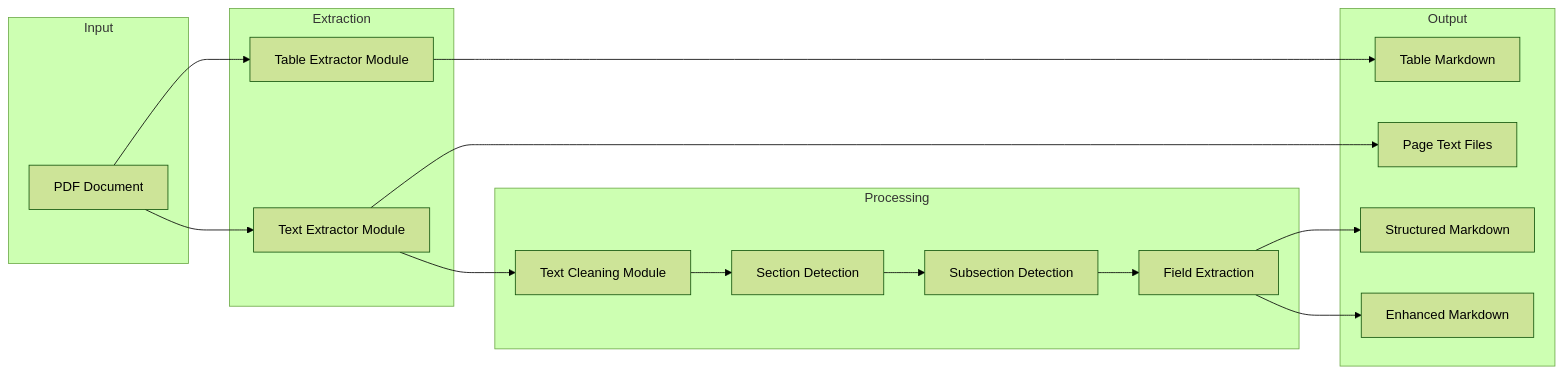
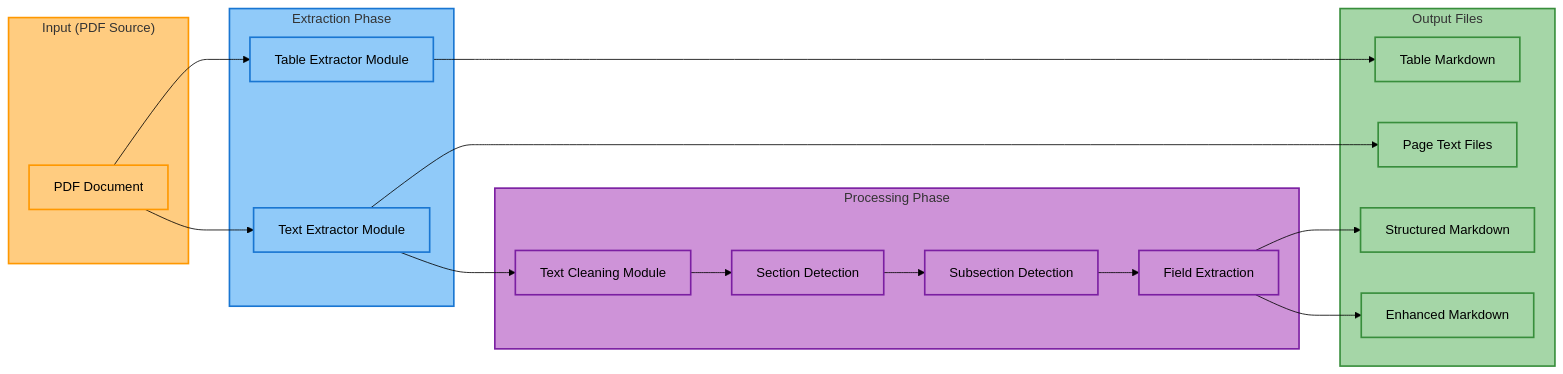
One commit to SoundMindsAI/pdf-handling changed the second of 3 diagrams in README.md. Above: the diagram before and after it, drawn with Mermaid (forest theme). The commit also changed other lines of this file, not shown here.

First line of the commit message:
Improve workflow diagram readability in README.md

````diff
--- a/README.md
+++ b/README.md
@@ -100,36 +100,51 @@
 ```mermaid
 flowchart LR
-    subgraph Input
+    subgraph Input["Input (PDF Source)"]
+        style Input fill:#ffcc80,stroke:#ff9800,stroke-width:2px
         PDF[PDF Document]
+        style PDF fill:#ffcc80,stroke:#ff9800,stroke-width:2px
     end
     
-    subgraph Extraction
+    subgraph Extraction["Extraction Phase"]
+        style Extraction fill:#90caf9,stroke:#1976d2,stroke-width:2px
         TextExtractor[Text Extractor Module]
         TableExtractor[Table Extractor Module]
+        style TextExtractor fill:#90caf9,stroke:#1976d2,stroke-width:2px
+        style TableExtractor fill:#90caf9,stroke:#1976d2,stroke-width:2px
     end
     
-    subgraph Processing
+    subgraph Processing["Processing Phase"]
+        style Processing fill:#ce93d8,stroke:#7b1fa2,stroke-width:2px
         Cleaning[Text Cleaning Module]
         SectionDetection[Section Detection]
         SubsectionDetection[Subsection Detection]
         FieldExtraction[Field Extraction]
+        style Cleaning fill:#ce93d8,stroke:#7b1fa2,stroke-width:2px
+        style SectionDetection fill:#ce93d8,stroke:#7b1fa2,stroke-width:2px
+        style SubsectionDetection fill:#ce93d8,stroke:#7b1fa2,stroke-width:2px
+        style FieldExtraction fill:#ce93d8,stroke:#7b1fa2,stroke-width:2px
     end
     
-    subgraph Output
+    subgraph Output["Output Files"]
+        style Output fill:#a5d6a7,stroke:#388e3c,stroke-width:2px
         TablesMD[Table Markdown]
         PageText[Page Text Files]
         StructuredMD[Structured Markdown]
         EnhancedMD[Enhanced Markdown]
+        style TablesMD fill:#a5d6a7,stroke:#388e3c,stroke-width:2px
+        style PageText fill:#a5d6a7,stroke:#388e3c,stroke-width:2px
+        style StructuredMD fill:#a5d6a7,stroke:#388e3c,stroke-width:2px
+        style EnhancedMD fill:#a5d6a7,stroke:#388e3c,stroke-width:2px
     end
     
     PDF --> TextExtractor
     PDF --> TableExtractor
     TableExtractor --> TablesMD
     TextExtractor --> PageText
     TextExtractor --> Cleaning
     Cleaning --> SectionDetection
     SectionDetection --> SubsectionDetection
     SubsectionDetection --> FieldExtraction
     FieldExtraction --> StructuredMD
     FieldExtraction --> EnhancedMD
 ```
````
